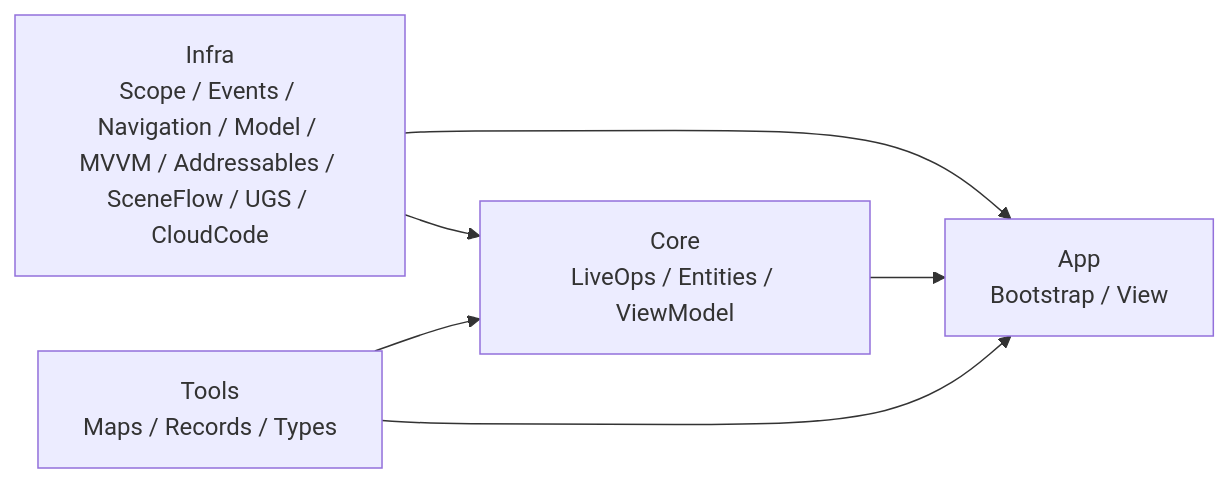
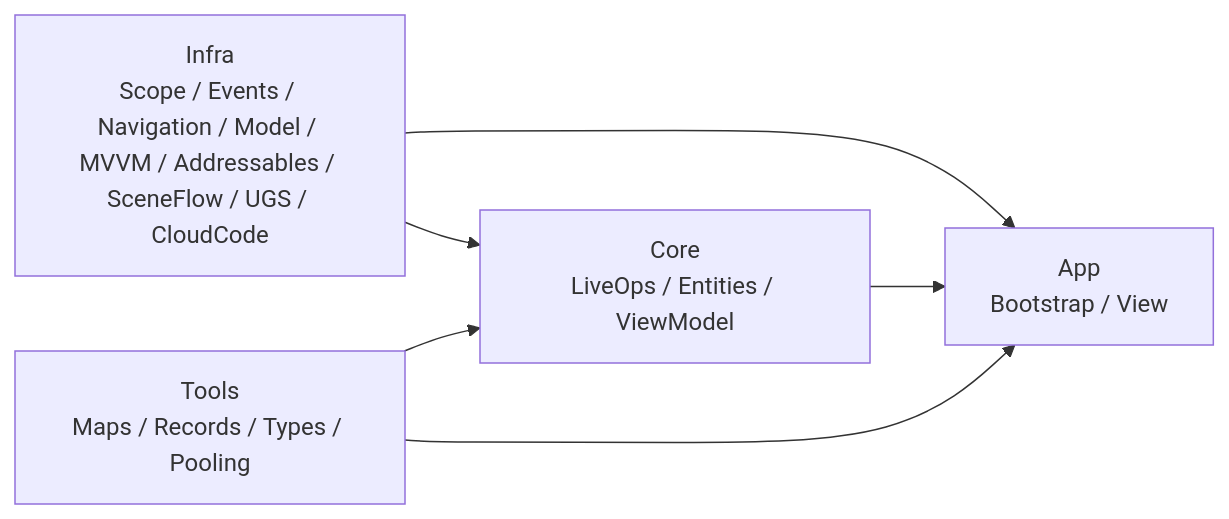
Before and after one commit to MgCohen/Scaffold: the second of 3 diagrams in Architecture.md, drawn with Mermaid. The commit also changed other lines of this file and 34 other files, not shown here.

````diff
--- a/Architecture.md
+++ b/Architecture.md
@@ -85,13 +85,13 @@
 ```mermaid
 flowchart LR
     Infra[Infra<br/>Scope / Events / Navigation / Model / MVVM / Addressables / SceneFlow / UGS / CloudCode]
     Core[Core<br/>LiveOps / Entities / ViewModel]
     App[App<br/>Bootstrap / View]
-    Tools[Tools<br/>Maps / Records / Types]
+    Tools[Tools<br/>Maps / Records / Types / Pooling]
 
     Infra --> Core
     Infra --> App
     Core --> App
     Tools --> Core
     Tools --> App
 ```
````
